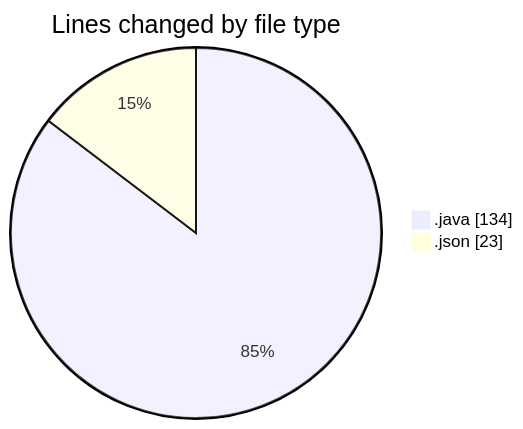
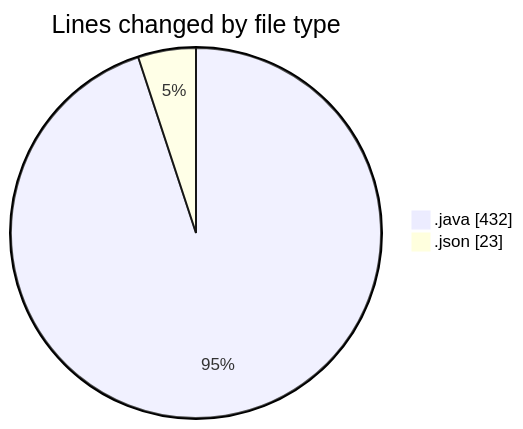
The first of 2 diagrams in 2026-03-30/cilapp/README.md (ricardozamudiocil/code-tracking), drawn with Mermaid before and after one commit. The commit also changed other lines of this file and 1 other file, not shown here.

````diff
--- a/2026-03-30/cilapp/README.md
+++ b/2026-03-30/cilapp/README.md
@@ -23,6 +24,6 @@
 ```mermaid
 pie showData
 title Lines changed by file type
-".java" : 134
+".java" : 432
 ".json" : 23
 ```
````
